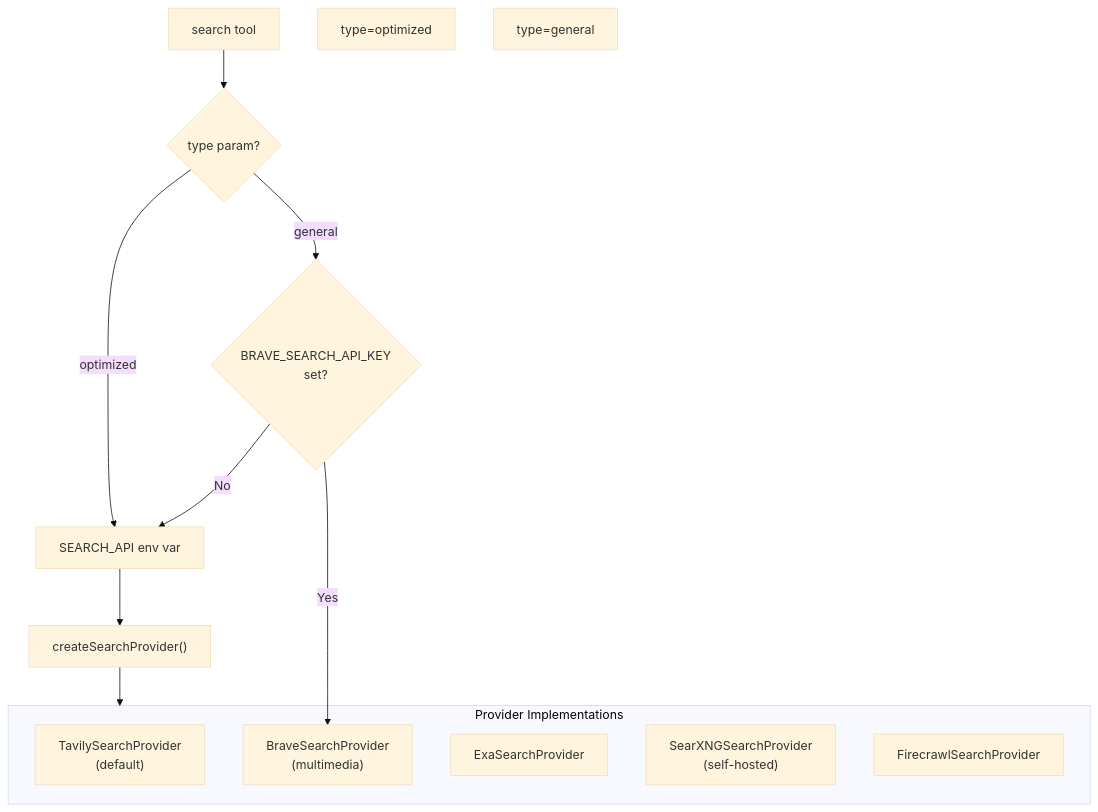
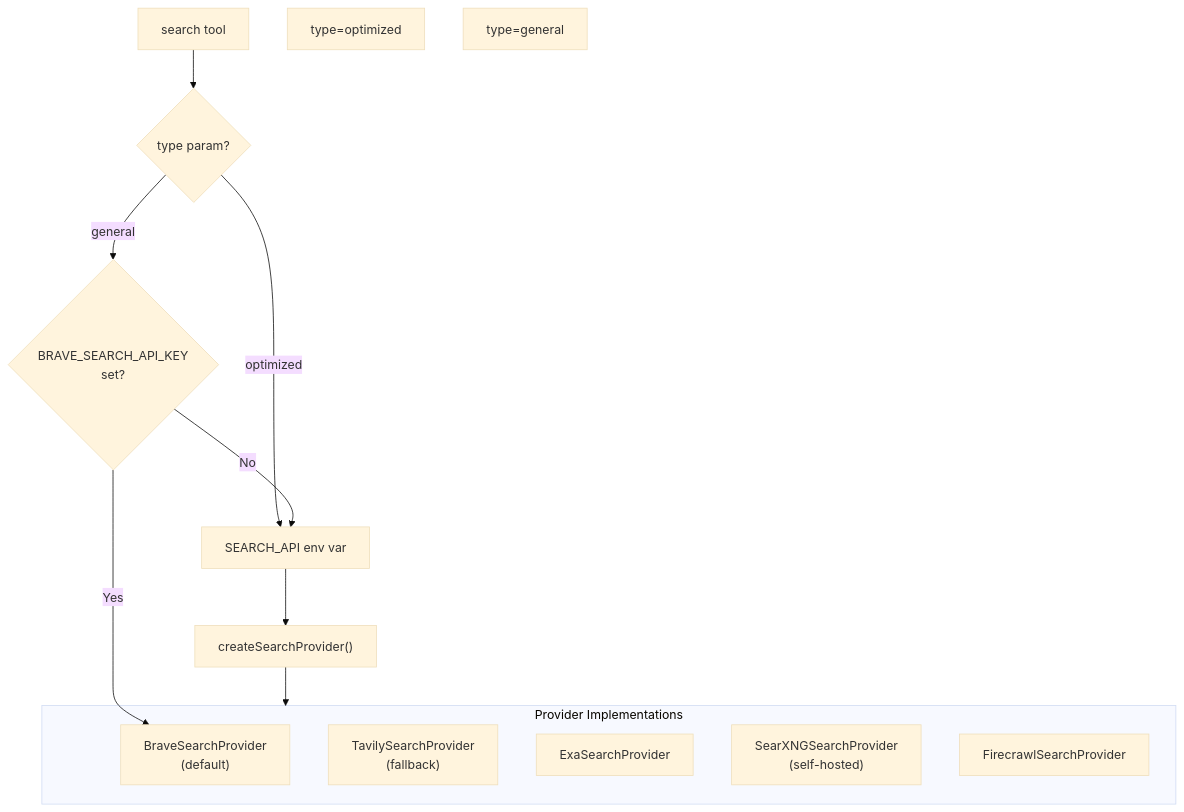
One commit to NickB03/polymorph changed the fourth of 5 diagrams in docs/architecture/RESEARCH-AGENT.md. Above: the diagram before and after it, drawn with Mermaid (base theme). The commit also changed other lines of this file and 4 other files, not shown here.

First line of the commit message:
docs: fix remaining Tavily-as-default references across architecture docs

````diff
--- a/docs/architecture/RESEARCH-AGENT.md
+++ b/docs/architecture/RESEARCH-AGENT.md
@@ -376,25 +376,25 @@
 ```mermaid
 graph TD
     SearchTool["search tool"]
     TypeCheck{"type param?"}
     Optimized["type=optimized"]
     General["type=general"]
     EnvVar["SEARCH_API env var"]
     BraveCheck{"BRAVE_SEARCH_API_KEY<br/>set?"}
     Factory["createSearchProvider()"]
 
     subgraph Providers["Provider Implementations"]
-        Tavily["TavilySearchProvider<br/>(default)"]
-        Brave["BraveSearchProvider<br/>(multimedia)"]
+        Brave["BraveSearchProvider<br/>(default)"]
+        Tavily["TavilySearchProvider<br/>(fallback)"]
         Exa["ExaSearchProvider"]
         SearXNG["SearXNGSearchProvider<br/>(self-hosted)"]
         Firecrawl["FirecrawlSearchProvider"]
     end
 
     SearchTool --> TypeCheck
     TypeCheck -->|optimized| EnvVar --> Factory
     TypeCheck -->|general| BraveCheck
     BraveCheck -->|Yes| Brave
     BraveCheck -->|No| EnvVar
     Factory --> Providers
 ```
````
